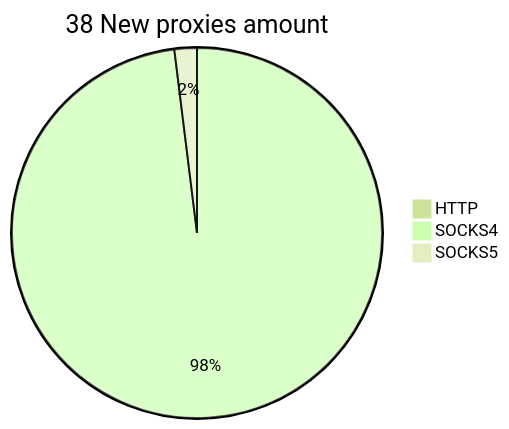
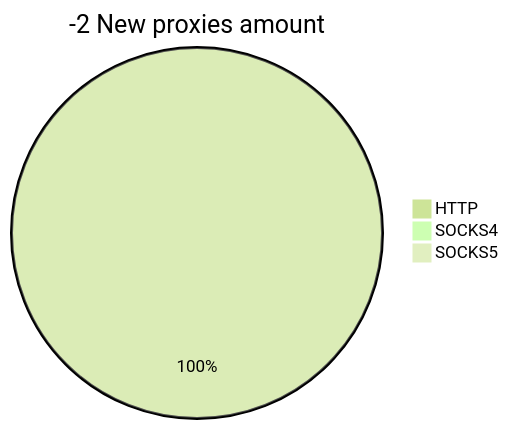
Before and after one commit to cutipu/proxylist: the second of 2 diagrams in README.md, drawn with Mermaid (forest theme). The commit also changed other lines of this file, not shown here.

````diff
--- a/README.md
+++ b/README.md
@@ -10,6 +10,6 @@
 ```mermaid
-pie title 38 New proxies amount
-    "HTTP" : 0
-    "SOCKS4" : 50
-    "SOCKS5" : 1
+pie title -2 New proxies amount
+    "HTTP" : 2
+    "SOCKS4" : 0
+    "SOCKS5" : 0
 ```
````
